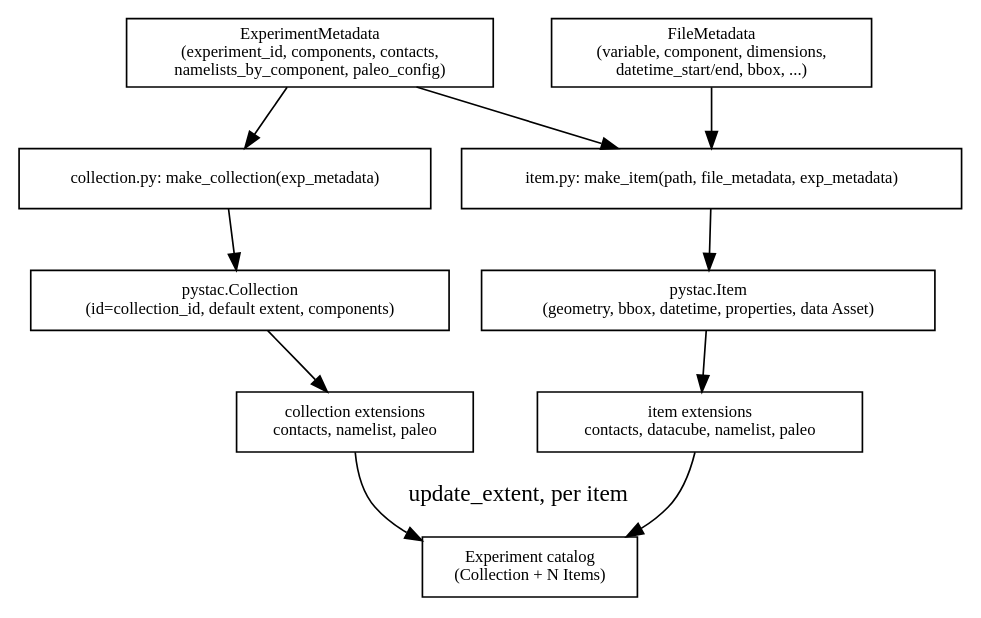
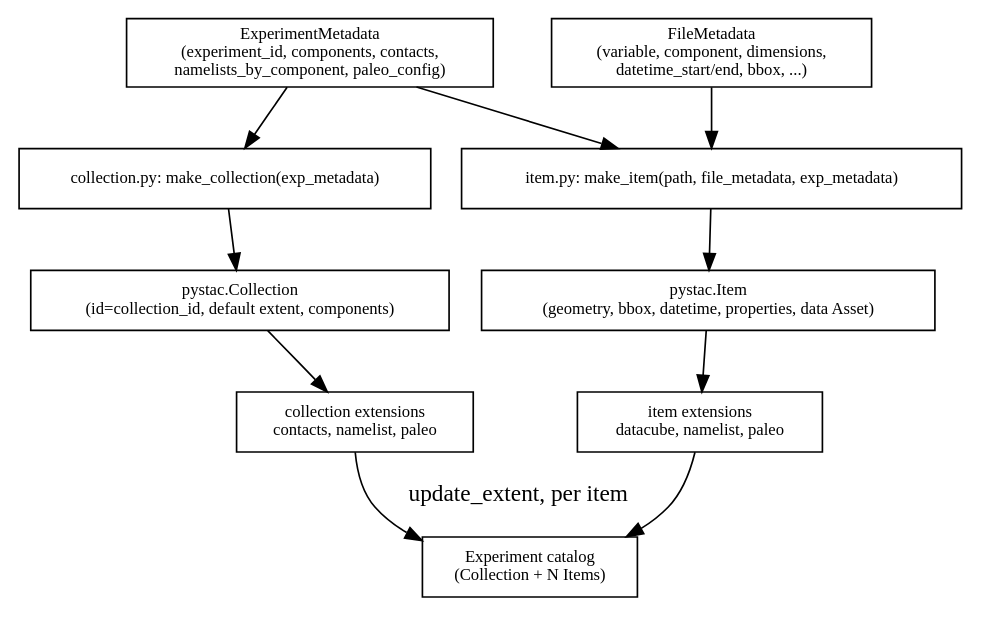
The second of 2 diagrams in docs/esm_catalog_architecture.rst (esm-tools/esm_tools), drawn with Graphviz before and after one commit. The commit also changed other lines of this file and 1 other file, not shown here.

```diff
--- a/docs/esm_catalog_architecture.rst
+++ b/docs/esm_catalog_architecture.rst
@@ -110,25 +112,25 @@
 .. graphviz::
 
    digraph dataflow {
        rankdir=TB;
        node [shape=box, fontsize=10];
 
        EM [label="ExperimentMetadata\n(experiment_id, components, contacts,\nnamelists_by_component, paleo_config)"];
        FM [label="FileMetadata\n(variable, component, dimensions,\ndatetime_start/end, bbox, ...)"];
 
        MI [label="item.py: make_item(path, file_metadata, exp_metadata)"];
        MC [label="collection.py: make_collection(exp_metadata)"];
 
        EM -> MI; FM -> MI; EM -> MC;
 
        ITEM [label="pystac.Item\n(geometry, bbox, datetime, properties, data Asset)"];
        COLL [label="pystac.Collection\n(id=collection_id, default extent, components)"];
        MI -> ITEM; MC -> COLL;
 
-       ITEM -> "item extensions\ncontacts, datacube, namelist, paleo";
+       ITEM -> "item extensions\ndatacube, namelist, paleo";
        COLL -> "collection extensions\ncontacts, namelist, paleo";
 
-       "item extensions\ncontacts, datacube, namelist, paleo" -> CAT;
+       "item extensions\ndatacube, namelist, paleo" -> CAT;
        "collection extensions\ncontacts, namelist, paleo" -> CAT [label="update_extent, per item"];
        CAT [label="Experiment catalog\n(Collection + N Items)"];
    }
```
